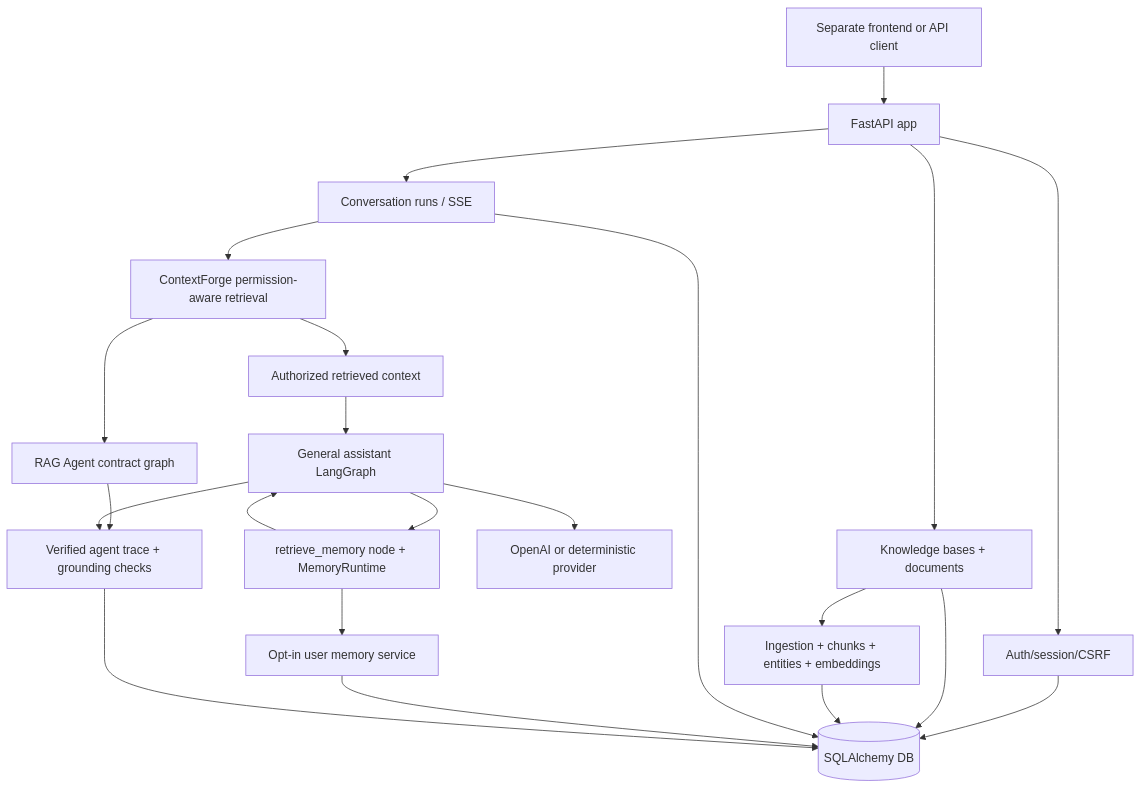
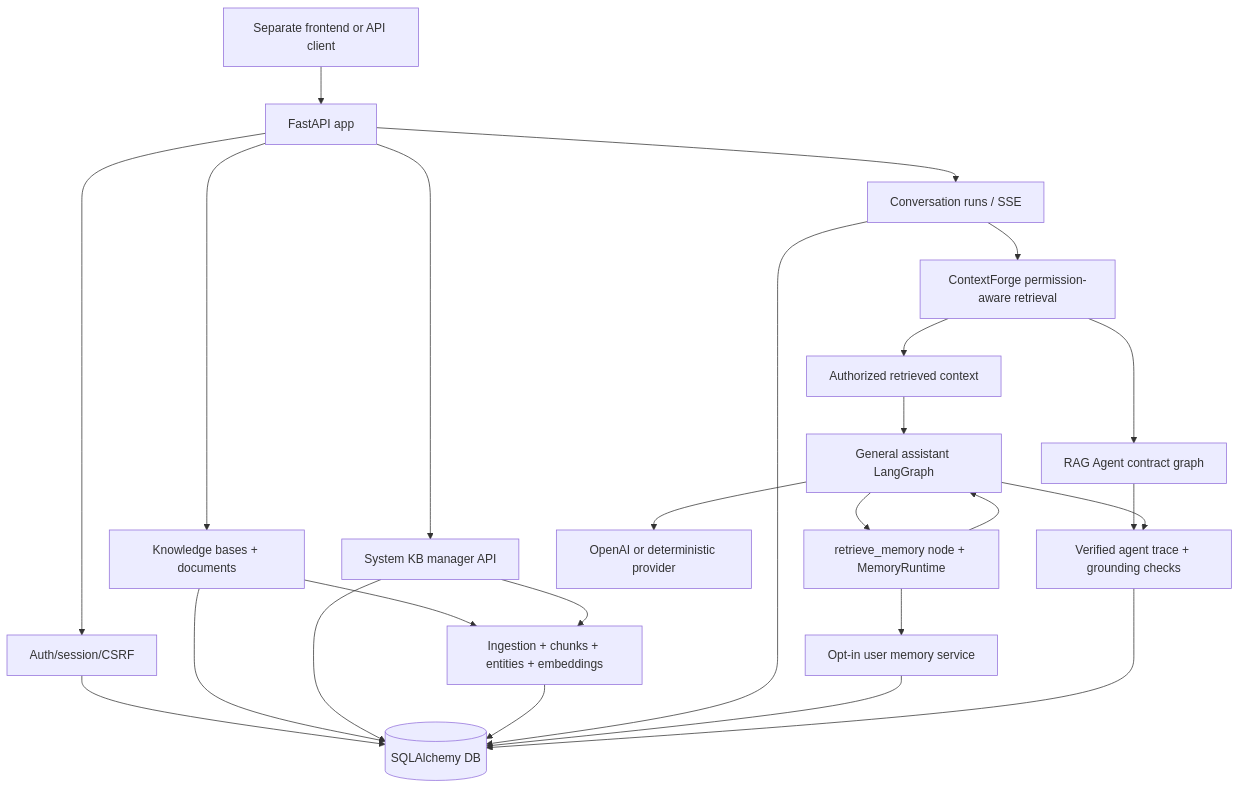
One commit to heecheon92/my-agents changed the diagram in README.en.md. Above: the diagram before and after it, drawn with Mermaid. The commit also changed other lines of this file, not shown here.

````diff
--- a/README.en.md
+++ b/README.en.md
@@ -31,24 +32,27 @@
 ```mermaid
 flowchart TD
     Frontend["Separate frontend or API client"] --> API["FastAPI app"]
     API --> Auth["Auth/session/CSRF"]
     API --> KB["Knowledge bases + documents"]
+    API --> SystemKB["System KB manager API"]
     API --> Runs["Conversation runs / SSE"]
     KB --> Ingest["Ingestion + chunks + entities + embeddings"]
+    SystemKB --> Ingest
     Runs --> ContextForge["ContextForge permission-aware retrieval"]
     ContextForge --> RAGAgent["RAG Agent contract graph"]
     ContextForge --> GraphInput["Authorized retrieved context"]
     GraphInput --> Graph["General assistant LangGraph"]
     Graph --> MemoryRuntime["retrieve_memory node + MemoryRuntime"]
     MemoryRuntime --> Memory["Opt-in user memory service"]
     MemoryRuntime --> Graph
     Graph --> Provider["OpenAI or deterministic provider"]
     RAGAgent --> Events["Verified agent trace + grounding checks"]
     Graph --> Events
     Auth --> DB[("SQLAlchemy DB")]
     KB --> DB
+    SystemKB --> DB
     Ingest --> DB
     Runs --> DB
     Memory --> DB
     Events --> DB
 ```
````
